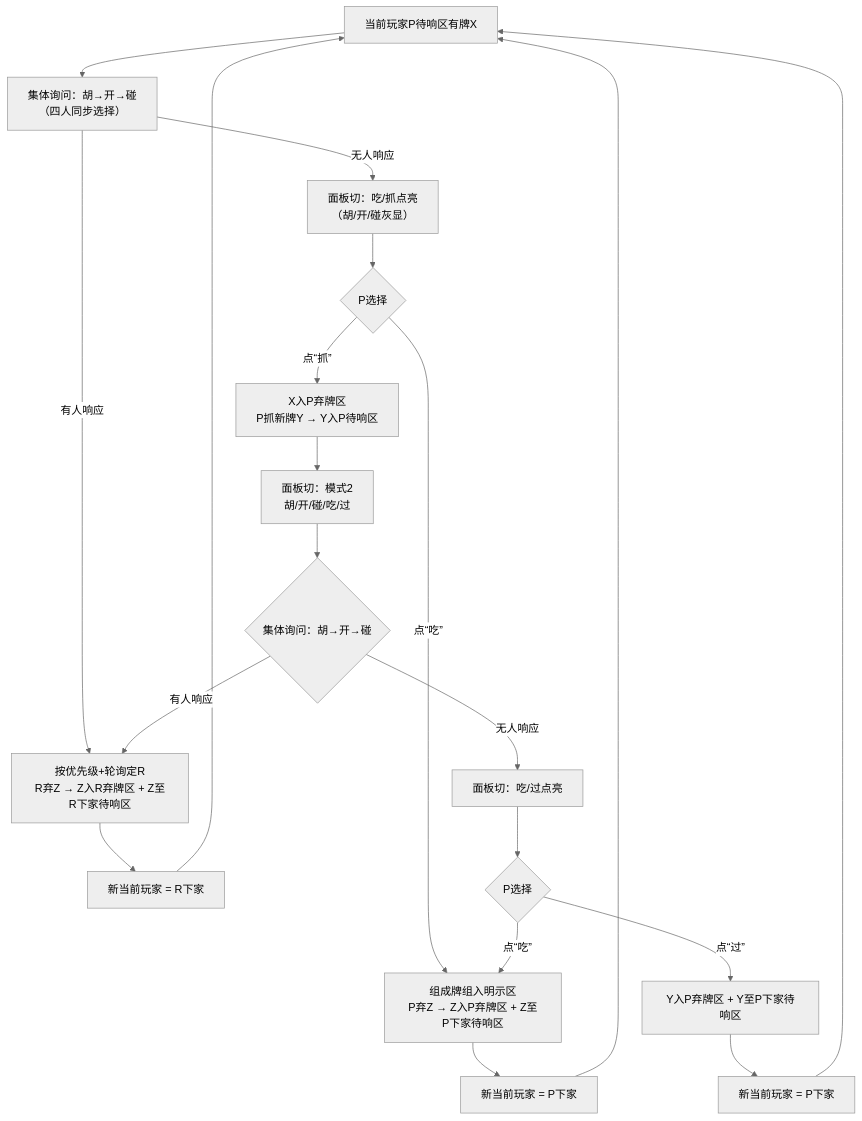
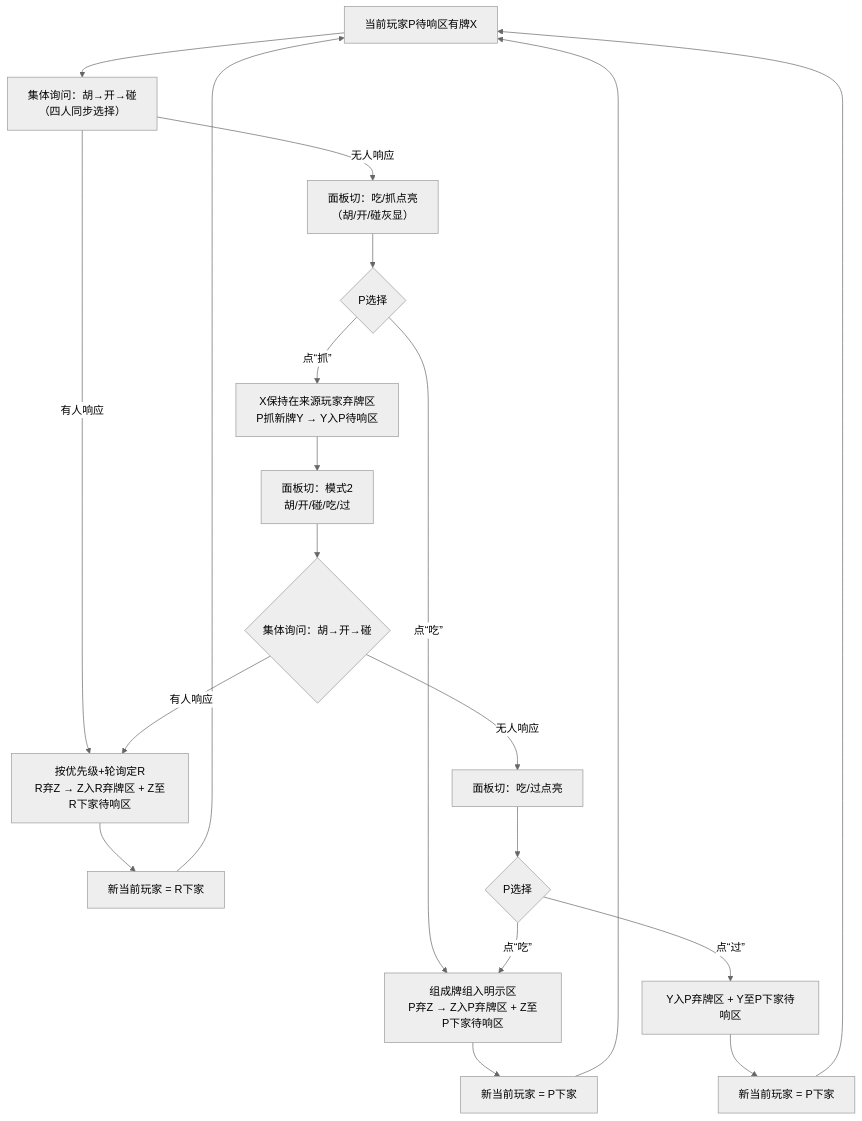
One commit to lin594/sise changed the first of 2 diagrams in docs/SRS_v4.0.md. Above: the diagram before and after it, drawn with Mermaid (neutral theme). The commit also changed other lines of this file and 8 other files, not shown here.

````diff
--- a/docs/SRS_v4.0.md
+++ b/docs/SRS_v4.0.md
@@ -80,23 +94,23 @@
 ```mermaid
 flowchart TD
     A[当前玩家P待响区有牌X] --> B[集体询问：胡→开→碰<br>（四人同步选择）]
     B -- 有人响应 --> C[按优先级+轮询定R<br>R弃Z → Z入R弃牌区 + Z至R下家待响区]
     C --> D[新当前玩家 = R下家]
     D --> A
     
     B -- 无人响应 --> E[面板切：吃/抓点亮<br>（胡/开/碰灰显）]
     E --> F{P选择}
     F -- 点“吃” --> G[组成牌组入明示区<br>P弃Z → Z入P弃牌区 + Z至P下家待响区]
     G --> H[新当前玩家 = P下家]
     H --> A
-    F -- 点“抓” --> I[X入P弃牌区<br>P抓新牌Y → Y入P待响区]
+    F -- 点“抓” --> I[X保持在来源玩家弃牌区<br>P抓新牌Y → Y入P待响区]
     I --> J[面板切：模式2<br>胡/开/碰/吃/过]
     J --> K{集体询问：胡→开→碰}
     K -- 有人响应 --> C
     K -- 无人响应 --> L[面板切：吃/过点亮]
     L --> M{P选择}
     M -- 点“吃” --> G
     M -- 点“过” --> N[Y入P弃牌区 + Y至P下家待响区]
     N --> O[新当前玩家 = P下家]
     O --> A
 ```
````
